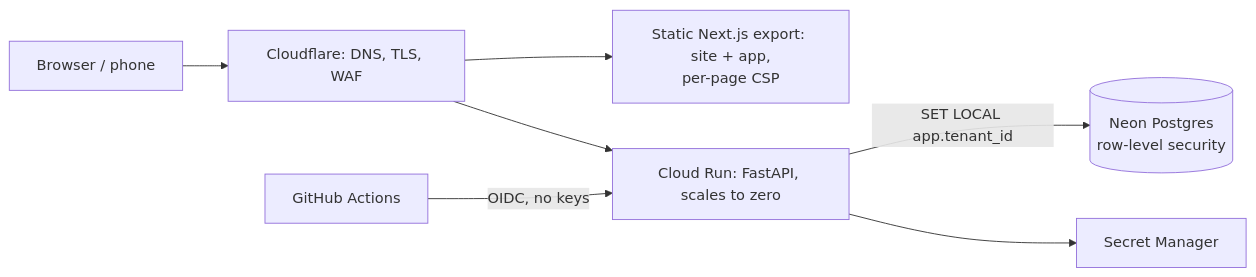
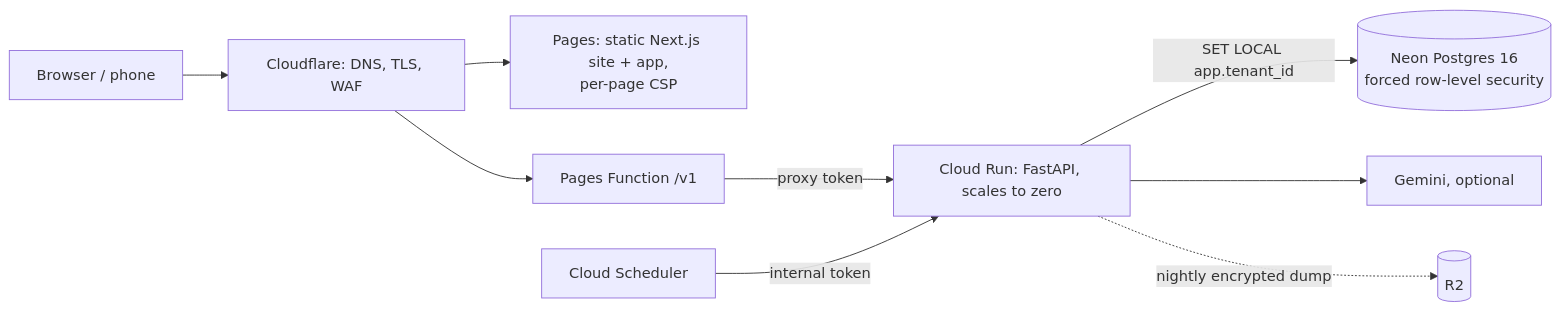
Before and after one commit to omikhan4901/companymgmt: the diagram in README.md, drawn with Mermaid. The commit also changed other lines of this file and 20 other files, not shown here.

````diff
--- a/README.md
+++ b/README.md
@@ -114,9 +99,11 @@
 ```mermaid
 flowchart LR
   U[Browser / phone] --> CF[Cloudflare: DNS, TLS, WAF]
-  CF --> P[Static Next.js export: site + app,<br/>per-page CSP]
-  CF --> R[Cloud Run: FastAPI, scales to zero]
-  R -->|"SET LOCAL app.tenant_id"| DB[(Neon Postgres<br/>row-level security)]
-  R --> SM[Secret Manager]
-  GH[GitHub Actions] -->|OIDC, no keys| R
+  CF --> P[Pages: static Next.js site + app,<br/>per-page CSP]
+  CF --> F[Pages Function /v1]
+  F -->|proxy token| R[Cloud Run: FastAPI, scales to zero]
+  R -->|"SET LOCAL app.tenant_id"| DB[(Neon Postgres 16<br/>forced row-level security)]
+  R --> G[Gemini, optional]
+  S[Cloud Scheduler] -->|internal token| R
+  R -.nightly encrypted dump.-> B[(R2)]
 ```
````
